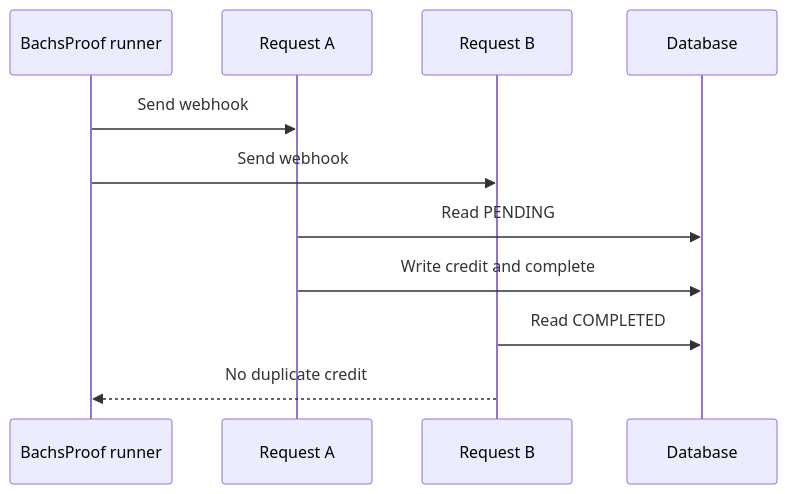
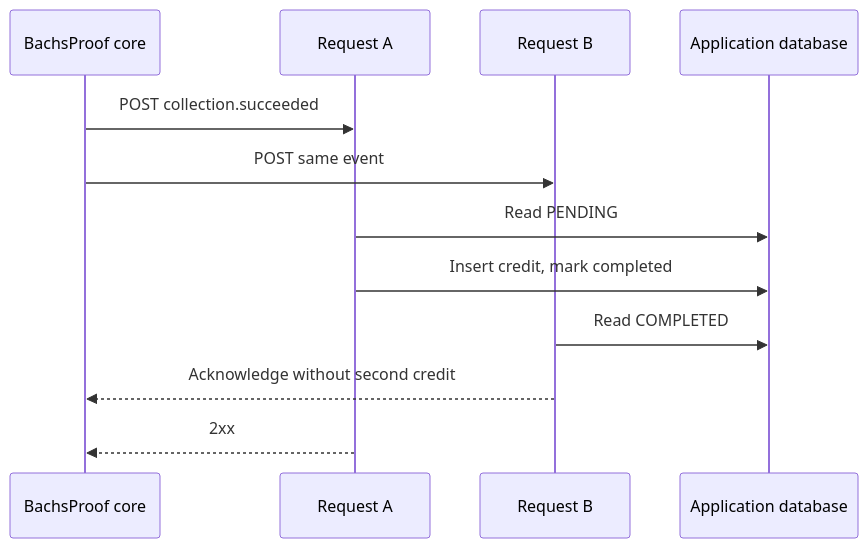
Before and after one commit to therealEmma/BachsProof: the first of 2 diagrams in docs/advanced/controlled-concurrency.mdx, drawn with Mermaid. The commit also changed other lines of this file and 38 other files, not shown here.

````diff
--- a/docs/advanced/controlled-concurrency.mdx
+++ b/docs/advanced/controlled-concurrency.mdx
@@ -15,13 +20,14 @@
 ```mermaid
 sequenceDiagram
-  participant Core as BachsProof runner
+  participant Core as BachsProof core
   participant A as Request A
   participant B as Request B
-  participant DB as Database
-  Core->>A: Send webhook
-  Core->>B: Send webhook
+  participant DB as Application database
+  Core->>A: POST collection.succeeded
+  Core->>B: POST same event
   A->>DB: Read PENDING
-  A->>DB: Write credit and complete
+  A->>DB: Insert credit, mark completed
   B->>DB: Read COMPLETED
-  B-->>Core: No duplicate credit
+  B-->>Core: Acknowledge without second credit
+  A-->>Core: 2xx
 ```
````
